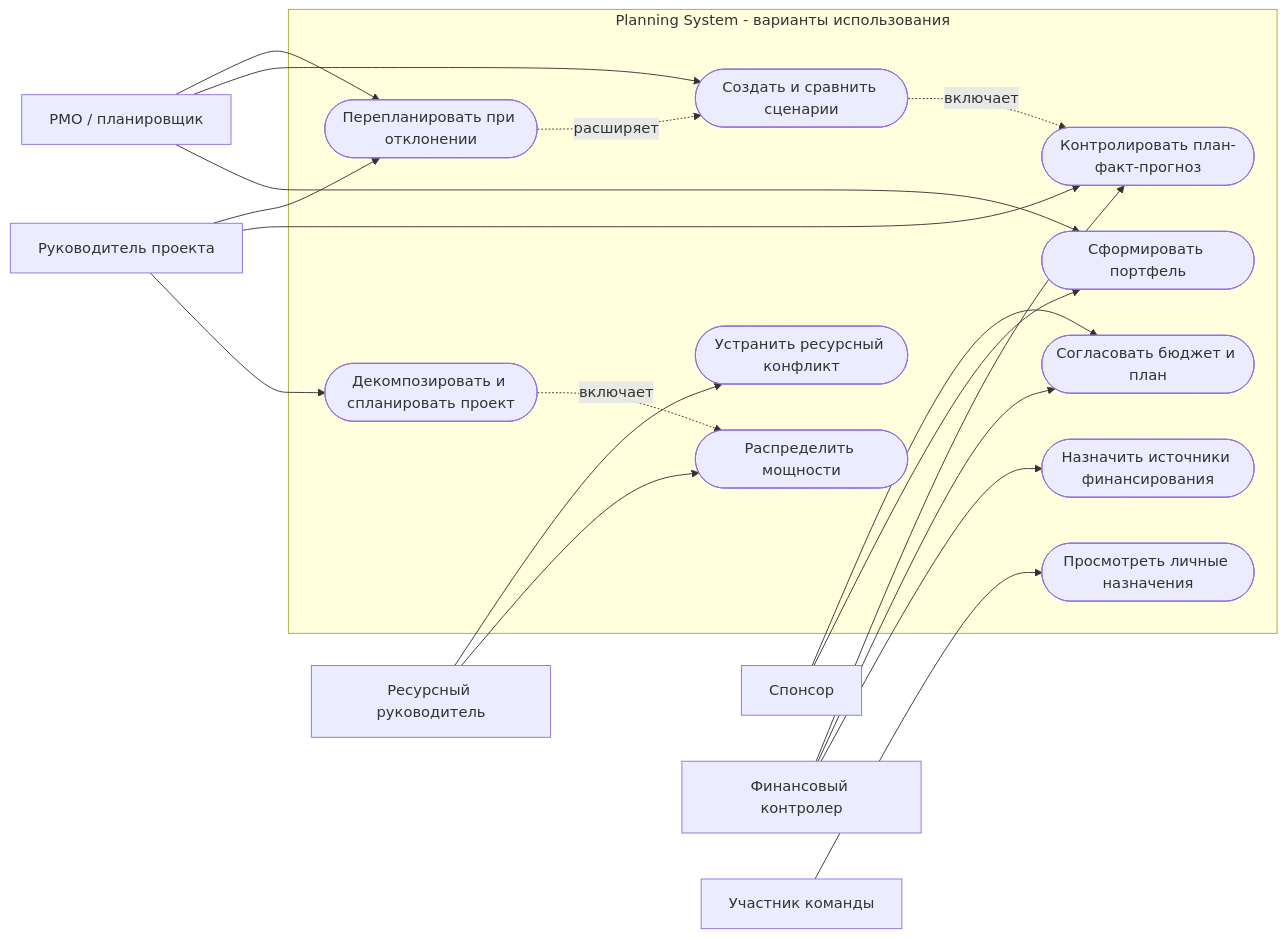
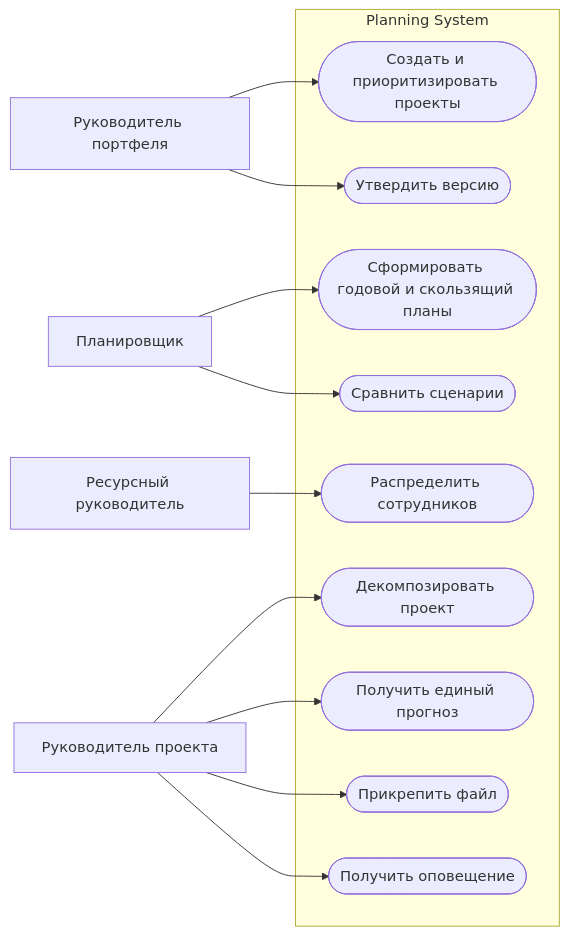
Before and after one commit to MEPhI-C22-501/arch-info-system-monorepo: the diagram in planning-system/docs/diagrams/05-uml-use-cases.mmd, drawn with Mermaid. The commit also changed 15 other files, not shown here.

Commit message:
docs: finalize planning system requirements

```diff
--- a/planning-system/docs/diagrams/05-uml-use-cases.mmd
+++ b/planning-system/docs/diagrams/05-uml-use-cases.mmd
@@ -1,38 +1,27 @@
 flowchart LR
-  sponsor["Спонсор"]
-  pmo["PMO / планировщик"]
+  head["Руководитель портфеля"]
+  planner["Планировщик"]
   pm["Руководитель проекта"]
   rm["Ресурсный руководитель"]
-  fc["Финансовый контролер"]
-  member["Участник команды"]
 
-  subgraph cases["Planning System - варианты использования"]
-    uc1(["Сформировать портфель"])
-    uc2(["Создать и сравнить сценарии"])
-    uc3(["Декомпозировать и спланировать проект"])
-    uc4(["Распределить мощности"])
-    uc5(["Устранить ресурсный конфликт"])
-    uc6(["Назначить источники финансирования"])
-    uc7(["Согласовать бюджет и план"])
-    uc8(["Контролировать план-факт-прогноз"])
-    uc9(["Просмотреть личные назначения"])
-    uc10(["Перепланировать при отклонении"])
+  subgraph cases["Planning System"]
+    c1(["Создать и приоритизировать проекты"])
+    c2(["Сформировать годовой и скользящий планы"])
+    c3(["Декомпозировать проект"])
+    c4(["Распределить сотрудников"])
+    c5(["Сравнить сценарии"])
+    c6(["Утвердить версию"])
+    c7(["Получить единый прогноз"])
+    c8(["Прикрепить файл"])
+    c9(["Получить оповещение"])
   end
 
-  sponsor --> uc1
-  sponsor --> uc7
-  pmo --> uc1
-  pmo --> uc2
-  pmo --> uc10
-  pm --> uc3
-  pm --> uc8
-  pm --> uc10
-  rm --> uc4
-  rm --> uc5
-  fc --> uc6
-  fc --> uc7
-  fc --> uc8
-  member --> uc9
-  uc3 -.->|"включает"| uc4
-  uc2 -.->|"включает"| uc8
-  uc10 -.->|"расширяет"| uc2
+  head --> c1
+  head --> c6
+  planner --> c2
+  planner --> c5
+  pm --> c3
+  pm --> c7
+  pm --> c8
+  pm --> c9
+  rm --> c4
```
